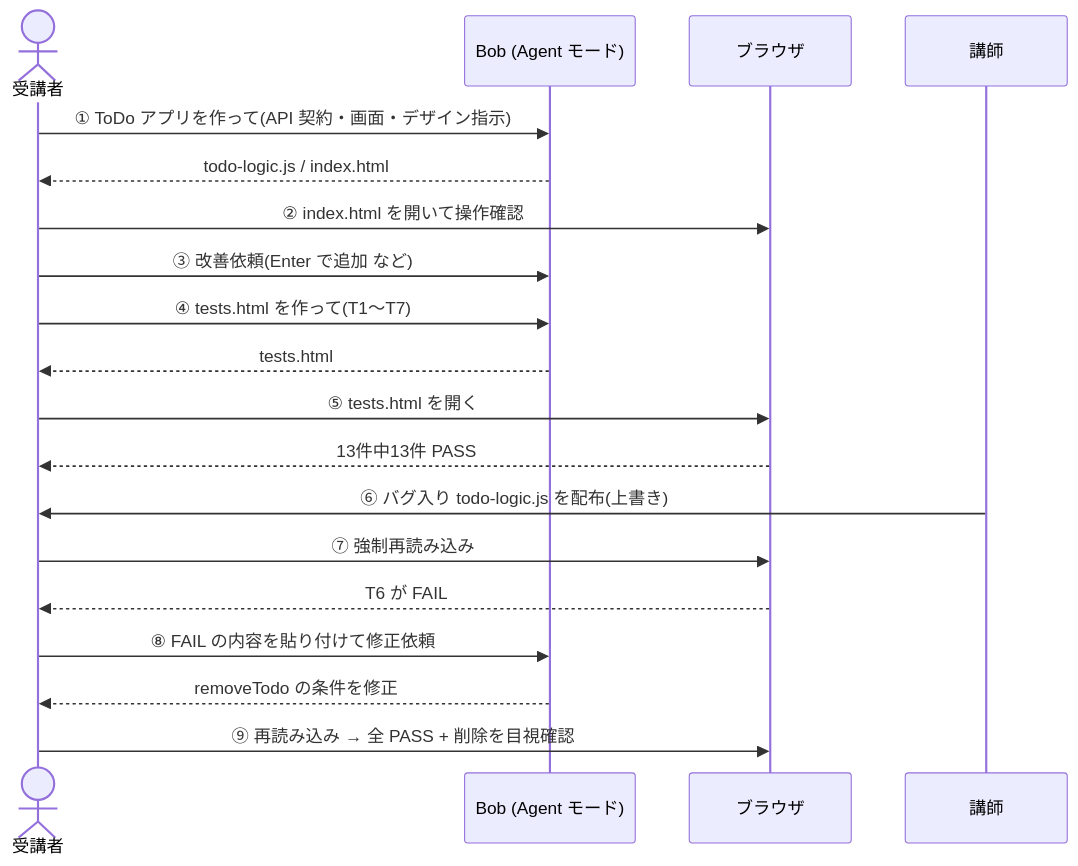
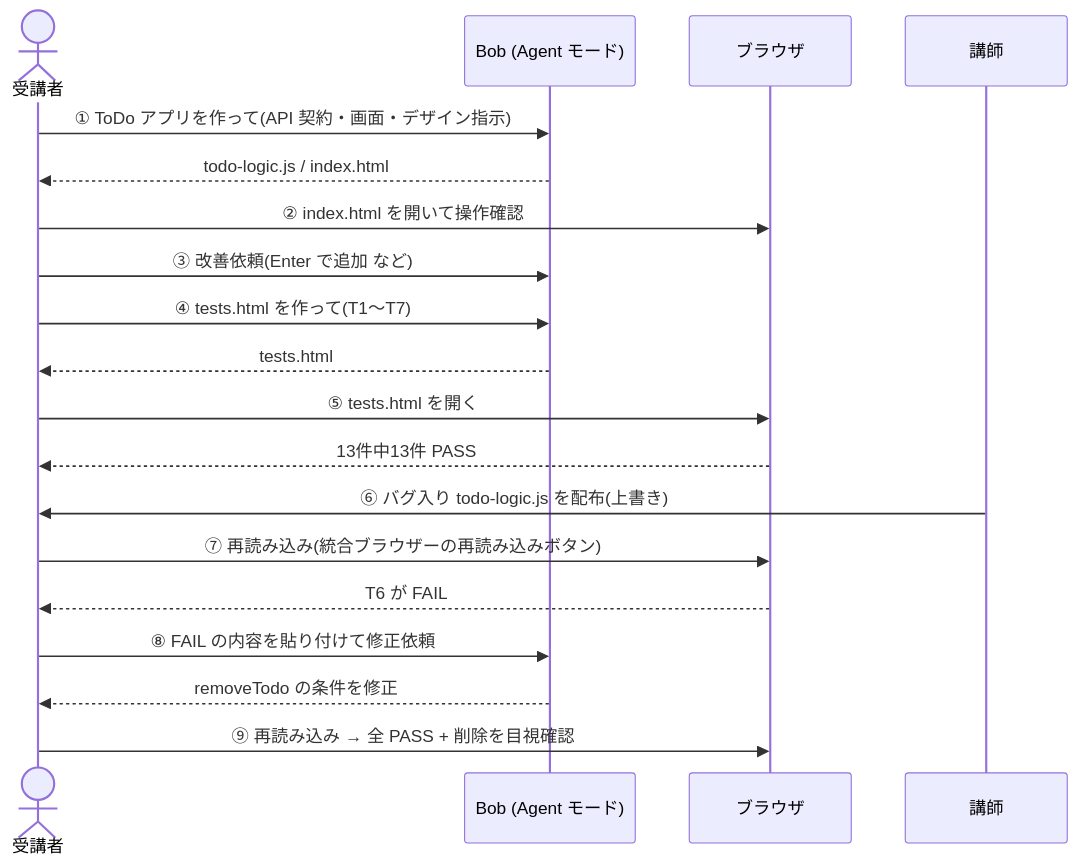
The fourth of 8 diagrams in ibm-bob/bob-a-thon/javascript/devtest101/README.md (IBM/japan-technology), drawn with Mermaid before and after one commit. The commit also changed other lines of this file, not shown here.

````diff
--- a/ibm-bob/bob-a-thon/javascript/devtest101/README.md
+++ b/ibm-bob/bob-a-thon/javascript/devtest101/README.md
@@ -107,22 +119,22 @@
 ```mermaid
 sequenceDiagram
     actor U as 受講者
     participant B as Bob (Agent モード)
     participant BR as ブラウザ
     participant I as 講師
 
     U->>B: ① ToDo アプリを作って(API 契約・画面・デザイン指示)
     B-->>U: todo-logic.js / index.html
     U->>BR: ② index.html を開いて操作確認
     U->>B: ③ 改善依頼(Enter で追加 など)
     U->>B: ④ tests.html を作って(T1〜T7)
     B-->>U: tests.html
     U->>BR: ⑤ tests.html を開く
     BR-->>U: 13件中13件 PASS
     I->>U: ⑥ バグ入り todo-logic.js を配布(上書き)
-    U->>BR: ⑦ 強制再読み込み
+    U->>BR: ⑦ 再読み込み(統合ブラウザーの再読み込みボタン)
     BR-->>U: T6 が FAIL
     U->>B: ⑧ FAIL の内容を貼り付けて修正依頼
     B-->>U: removeTodo の条件を修正
     U->>BR: ⑨ 再読み込み → 全 PASS + 削除を目視確認
 ```
````
